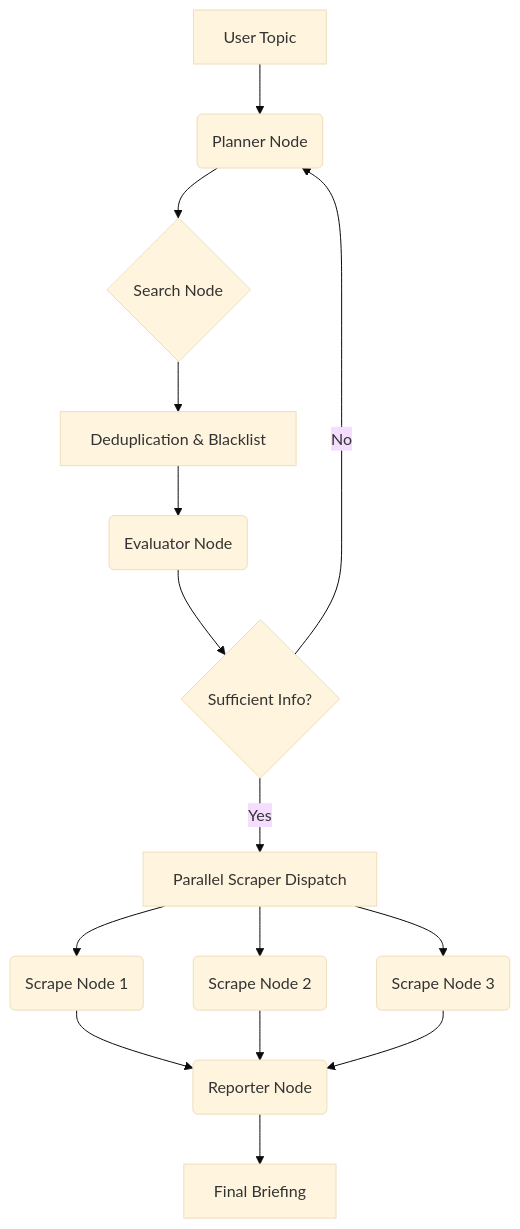
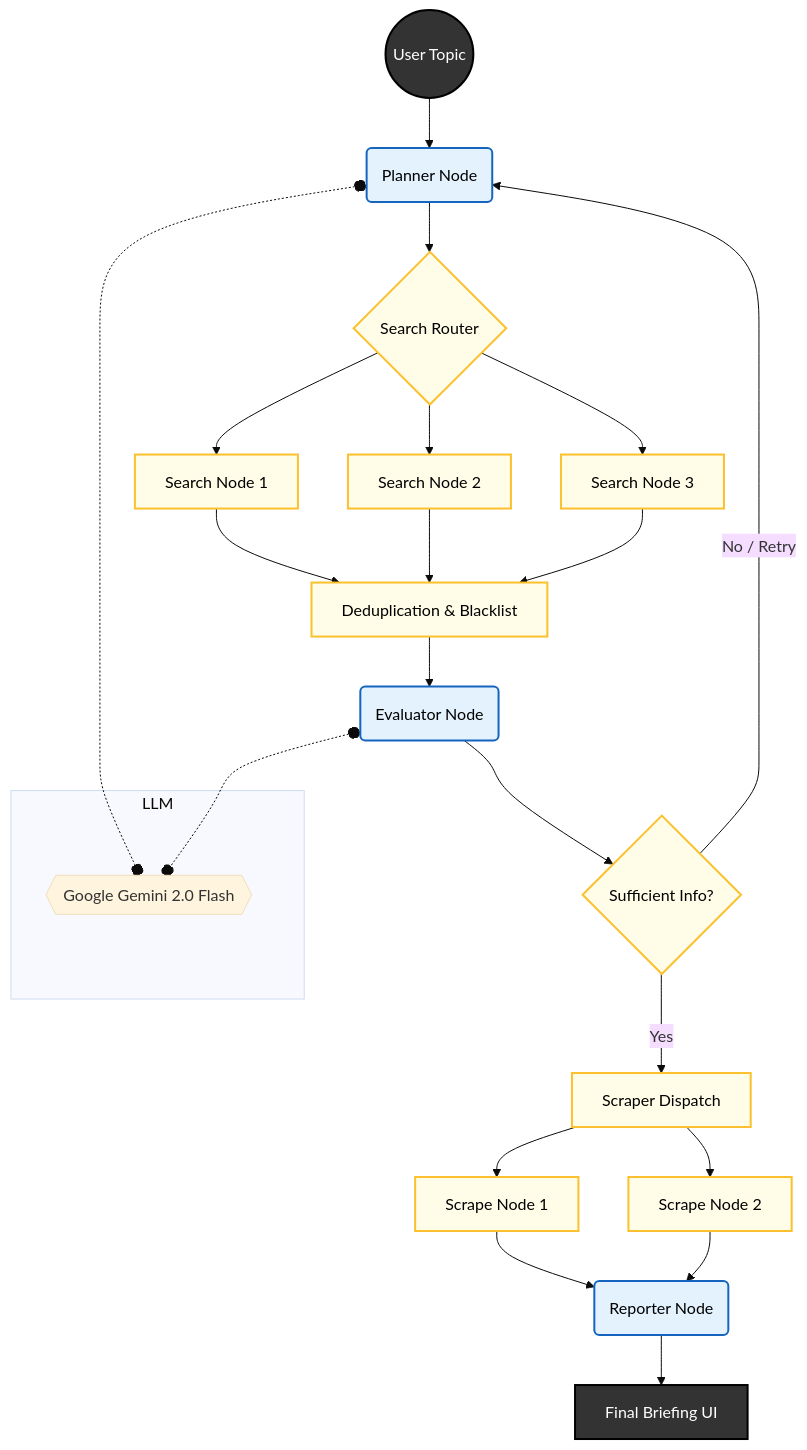
One commit to utsabshrestha/autonomousnewsagent changed the diagram in README.md. Above: the diagram before and after it, drawn with Mermaid (base theme). The commit also changed other lines of this file, not shown here.

Commit message:
Enhance README with architecture diagram and details
Added styling definitions and detailed node breakdown to the system architecture diagram.

````diff
--- a/README.md
+++ b/README.md
@@ -37,13 +37,60 @@
 ```mermaid
 graph TD
-    A[User Topic] --> B(Planner Node)
-    B --> C{Search Node}
-    C --> D[Deduplication & Blacklist]
-    D --> E(Evaluator Node)
-    E --> F{Sufficient Info?}
-    F -- No --> B
-    F -- Yes --> G[Parallel Scraper Dispatch]
-    G --> H(Scrape Node 1) & I(Scrape Node 2) & J(Scrape Node 3)
-    H & I & J --> K(Reporter Node)
-    K --> L[Final Briefing]
+    %% --- STYLING DEFINITIONS ---
+    classDef ai fill:#e3f2fd,stroke:#1565c0,stroke-width:2px,color:#000;
+    classDef logic fill:#fffde7,stroke:#fbc02d,stroke-width:2px,color:#000;
+    classDef ui fill:#333,stroke:#000,stroke-width:2px,color:#fff;
+
+    subgraph LLM
+        Gemini{{Google Gemini 2.0 Flash}}
+    end
+
+    %% --- NODES ---
+    User((User Topic)):::ui
+    Planner(Planner Node):::ai
+    
+    %% Research Phase
+    Router{Search Router}:::logic
+    S1[Search Node 1]:::logic
+    S2[Search Node 2]:::logic
+    S3[Search Node 3]:::logic
+    
+    Dedupe[Deduplication & Blacklist]:::logic
+    Evaluator(Evaluator Node):::ai
+    Check{Sufficient Info?}:::logic
+    
+    %% Extraction Phase
+    Dispatch[Scraper Dispatch]:::logic
+    Scrape1[Scrape Node 1]:::logic
+    Scrape2[Scrape Node 2]:::logic
+
+    %% Synthesis Phase
+    Reporter(Reporter Node):::ai
+    Final[Final Briefing UI]:::ui
+
+    %% --- FLOW CONNECTIONS ---
+    User --> Planner
+    Planner --> Router
+    
+    %% Parallel Search
+    Router --> S1 & S2 & S3
+    S1 & S2 & S3 --> Dedupe
+    
+    Dedupe --> Evaluator
+    Evaluator --> Check
+    
+    %% The Feedback Loop
+    Check -- No / Retry --> Planner
+    
+    %% The Success Path
+    Check -- Yes --> Dispatch
+    Dispatch --> Scrape1 & Scrape2
+    
+    Scrape1 --> Reporter
+    Scrape2 --> Reporter
+    Reporter --> Final
+   
+   Planner o-.-o Gemini
+Evaluator o-.-o Gemini
+
 ```
````
